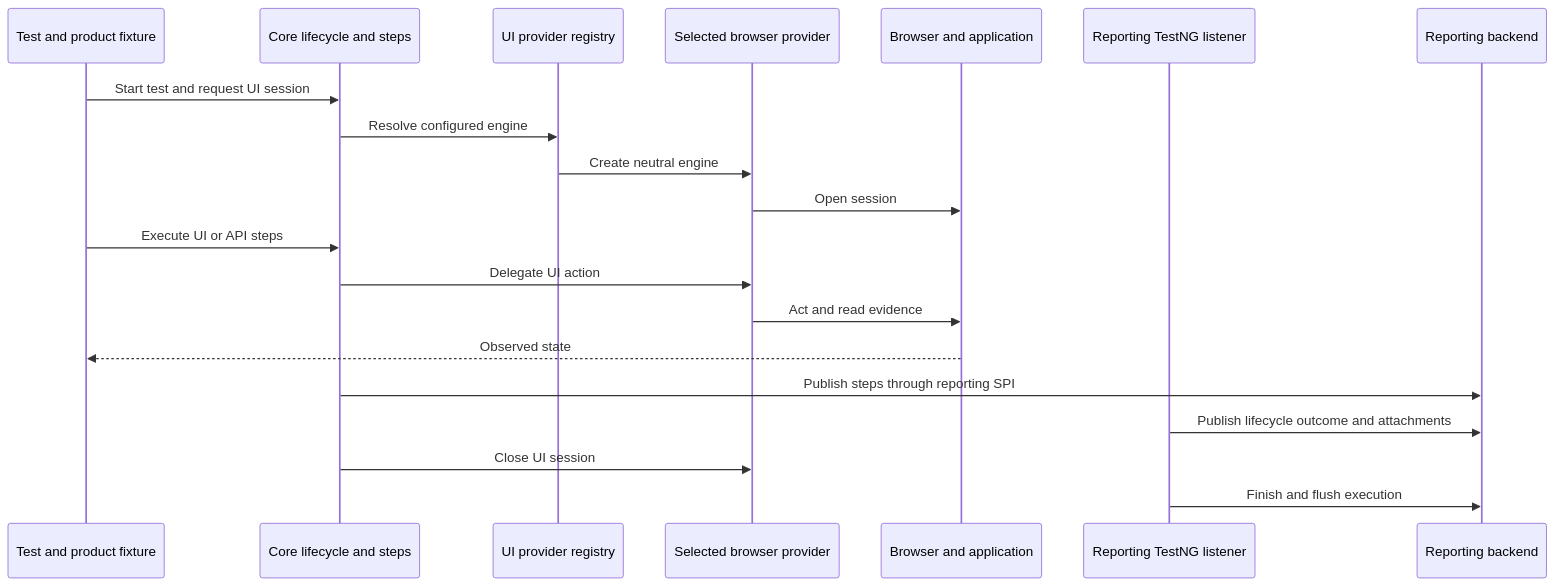
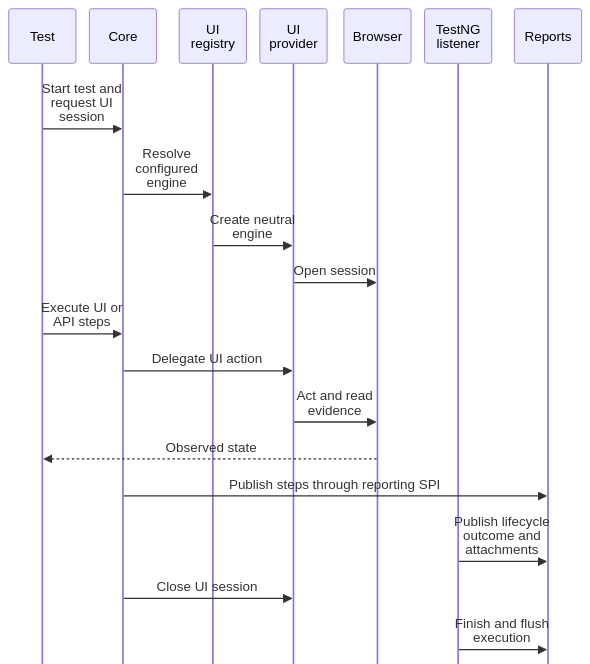
The second of 2 diagrams in docs/Architecture.md (crististefanita/ATF_AI), drawn with Mermaid before and after one commit. The commit also changed other lines of this file and 38 other files, not shown here.

````diff
--- a/docs/Architecture.md
+++ b/docs/Architecture.md
@@ -54,22 +54,23 @@
 ```mermaid
 sequenceDiagram
-    participant Test as Test and product fixture
-    participant Core as Core lifecycle and steps
-    participant Registry as UI provider registry
-    participant Adapter as Selected browser provider
-    participant Browser as Browser and application
-    participant Listener as Reporting TestNG listener
-    participant Reports as Reporting backend
+    %%{init: {"sequence":{"width":80,"actorMargin":16,"messageMargin":22,"diagramMarginX":8,"diagramMarginY":8,"wrap":true,"mirrorActors":false}}}%%
+    participant Test as Test
+    participant Core as Core
+    participant Registry as UI registry
+    participant Adapter as UI provider
+    participant Browser as Browser
+    participant Listener as TestNG listener
+    participant Reports as Reports
     Test->>Core: Start test and request UI session
     Core->>Registry: Resolve configured engine
     Registry->>Adapter: Create neutral engine
     Adapter->>Browser: Open session
     Test->>Core: Execute UI or API steps
     Core->>Adapter: Delegate UI action
     Adapter->>Browser: Act and read evidence
     Browser-->>Test: Observed state
     Core->>Reports: Publish steps through reporting SPI
     Listener->>Reports: Publish lifecycle outcome and attachments
     Core->>Adapter: Close UI session
     Listener->>Reports: Finish and flush execution
 ```
````
